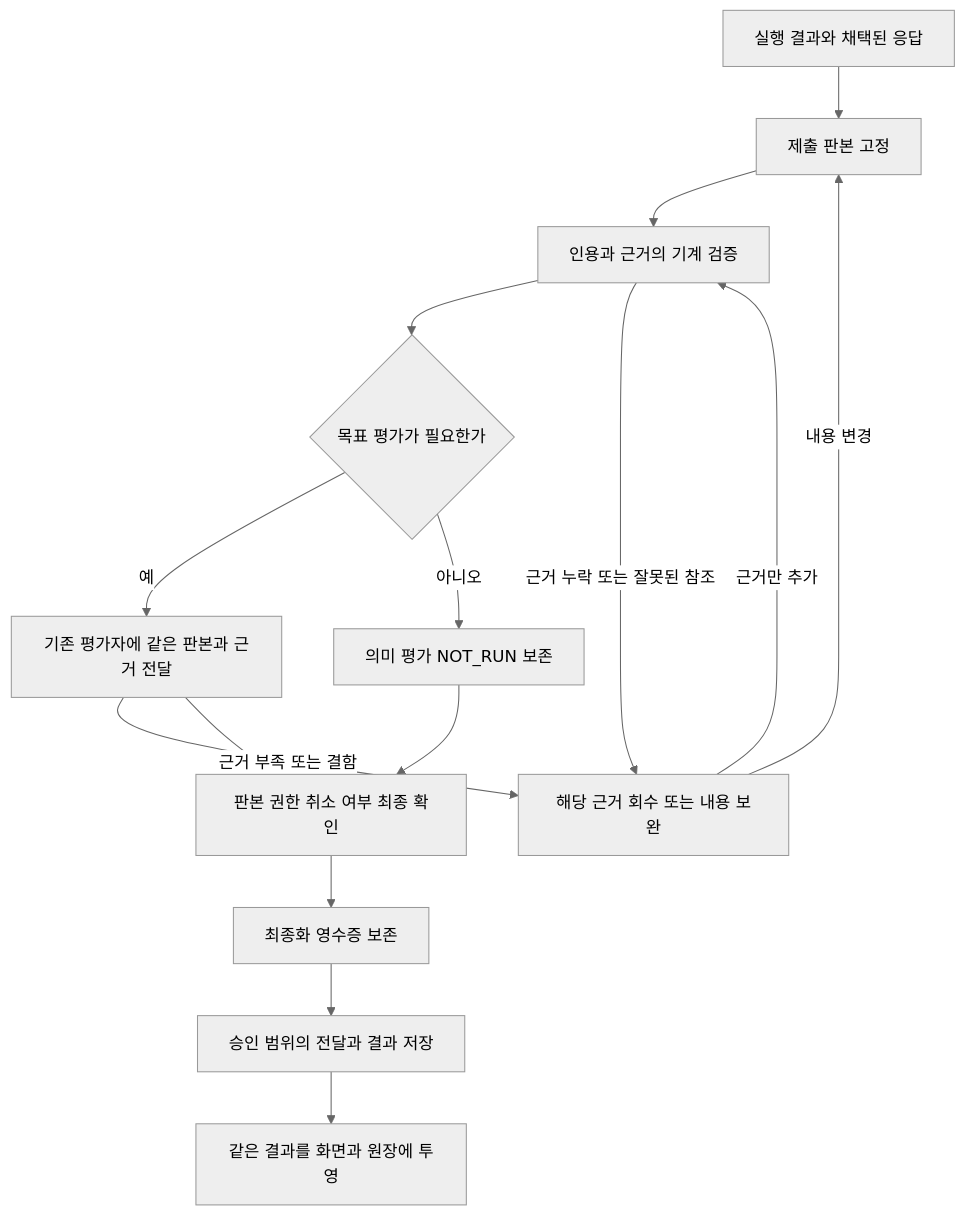
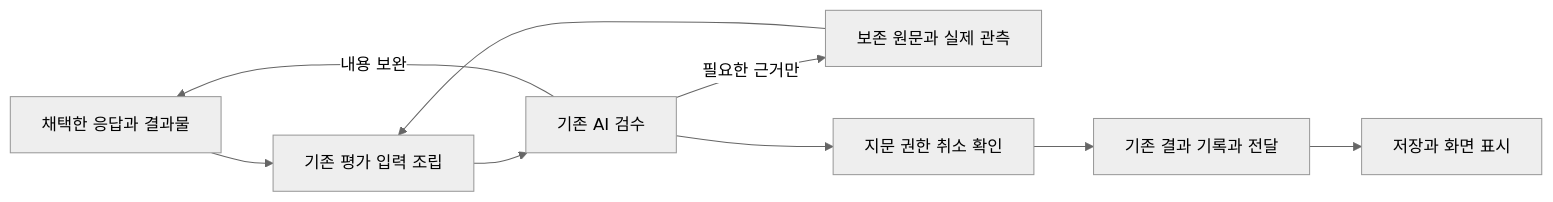
Before and after one commit to kangkukjin/indiebizOS: the diagram in docs/VERIFICATION_CITATION_REPAIR_DESIGN_2026_11_05.md, drawn with Mermaid (neutral theme). The commit also changed other lines of this file and 2 other files, not shown here.

Commit message:
설계 정리: 기계의 근거 전달과 AI 검수로 책임 단순화

````diff
--- a/docs/VERIFICATION_CITATION_REPAIR_DESIGN_2026_11_05.md
+++ b/docs/VERIFICATION_CITATION_REPAIR_DESIGN_2026_11_05.md
@@ -48,17 +47,11 @@
 ```mermaid
-flowchart TD
-    A[실행 결과와 채택된 응답] --> B[제출 판본 고정]
-    B --> C[인용과 근거의 기계 검증]
-    C --> D{목표 평가가 필요한가}
-    D -->|예| E[기존 평가자에 같은 판본과 근거 전달]
-    D -->|아니오| F[의미 평가 NOT_RUN 보존]
-    C -->|근거 누락 또는 잘못된 참조| G[해당 근거 회수 또는 내용 보완]
-    E -->|근거 부족 또는 결함| G
-    G -->|근거만 추가| C
-    G -->|내용 변경| B
-    E --> H[판본 권한 취소 여부 최종 확인]
-    F --> H
-    H --> I[최종화 영수증 보존]
-    I --> J[승인 범위의 전달과 결과 저장]
-    J --> K[같은 결과를 화면과 원장에 투영]
+flowchart LR
+    A[채택한 응답과 결과물] --> B[기존 평가 입력 조립]
+    C[보존 원문과 실제 관측] --> B
+    B --> D[기존 AI 검수]
+    D -->|필요한 근거만| C
+    D -->|내용 보완| A
+    D --> E[지문 권한 취소 확인]
+    E --> F[기존 결과 기록과 전달]
+    F --> G[저장과 화면 표시]
 ```
````
